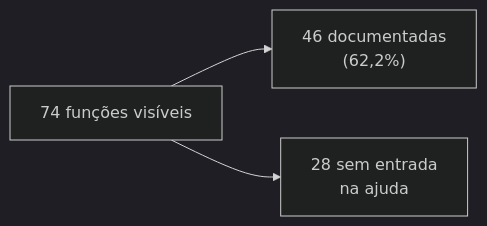
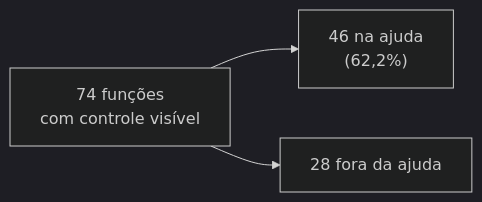
One commit to FCTE-Qualidade-de-Software-1/2026-2_T02_ADA_LOVELACE changed the diagram in docs/resultados/capacidade-interacao/ci-m7.md. Above: the diagram before and after it, drawn with Mermaid (dark theme). The commit also changed other lines of this file and 49 other files, not shown here.

````diff
--- a/docs/resultados/capacidade-interacao/ci-m7.md
+++ b/docs/resultados/capacidade-interacao/ci-m7.md
@@ -8,5 +7,5 @@
 ```mermaid
 flowchart LR
-    F["74 funções visíveis"] --> S["46 documentadas<br/>(62,2%)"]
-    F --> N["28 sem entrada<br/>na ajuda"]
+    F["74 funções<br/>com controle visível"] --> D["46 na ajuda<br/>(62,2%)"]
+    F --> N["28 fora da ajuda"]
 ```
````
